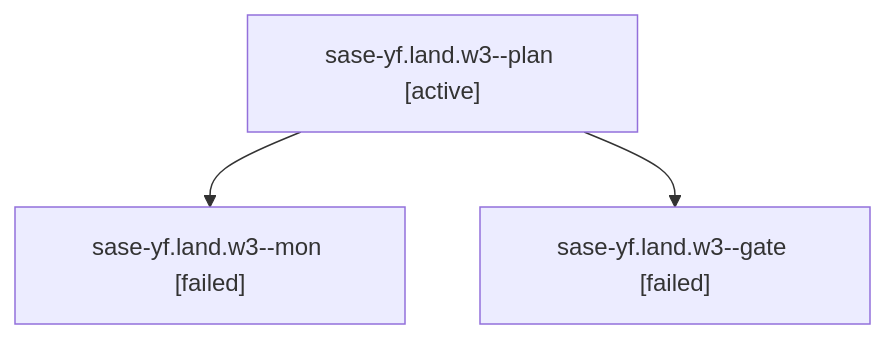
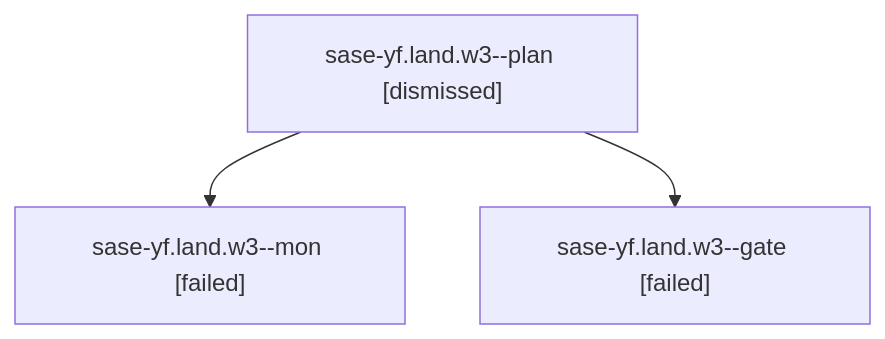
Before and after one commit to sase-org/sase--agents: the diagram in sessions/bbugyi200.athena.sase-yf.land.w3.md, drawn with Mermaid. The commit also changed other lines of this file and 141 other files, not shown here.

````diff
--- a/sessions/bbugyi200.athena.sase-yf.land.w3.md
+++ b/sessions/bbugyi200.athena.sase-yf.land.w3.md
@@ -9,8 +9,8 @@
 ```mermaid
 flowchart TD
-  n0["sase-yf.land.w3--plan [active]"]
+  n0["sase-yf.land.w3--plan [dismissed]"]
   n1["sase-yf.land.w3--mon [failed]"]
   n0 --> n1
   n2["sase-yf.land.w3--gate [failed]"]
   n0 --> n2
 ```
````
